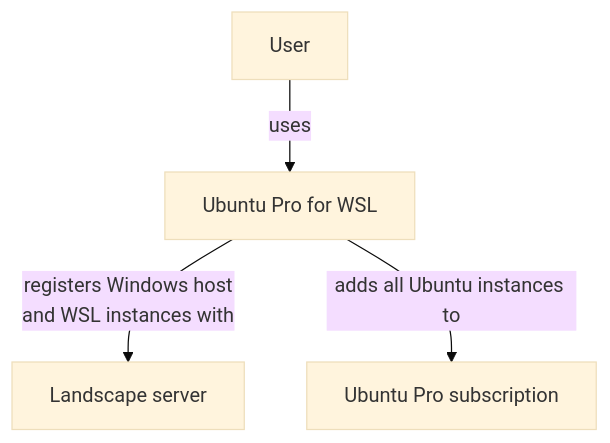
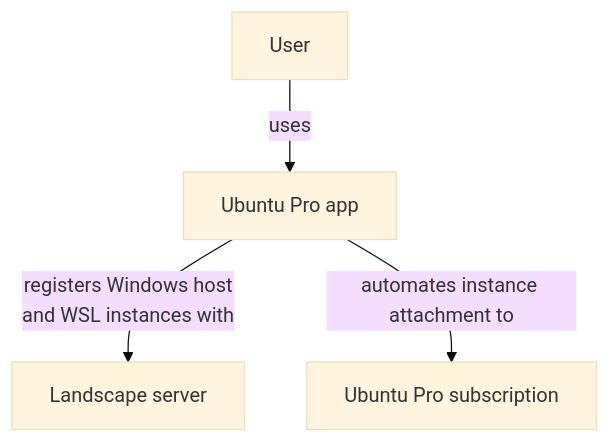
One commit to canonical/ubuntu-pro-for-wsl changed the first of 3 diagrams in docs/explanation/ref-arch-explanation.md. Above: the diagram before and after it, drawn with Mermaid (base theme). The commit also changed other lines of this file and 35 other files, not shown here.

````diff
--- a/docs/explanation/ref-arch-explanation.md
+++ b/docs/explanation/ref-arch-explanation.md
@@ -34,11 +34,11 @@
 ```mermaid
 graph TD
     User["User"]
-    UP4W["Ubuntu Pro for WSL"]
+    UP4W["Ubuntu Pro app"]
     Landscape["Landscape server"]
     Subscription["Ubuntu Pro subscription"]
 
     User -->|uses| UP4W
     UP4W -->|registers Windows host<br/>and WSL instances with| Landscape
-    UP4W -->|adds all Ubuntu instances to| Subscription
+    UP4W -->|automates instance attachment to| Subscription
 ```
````
